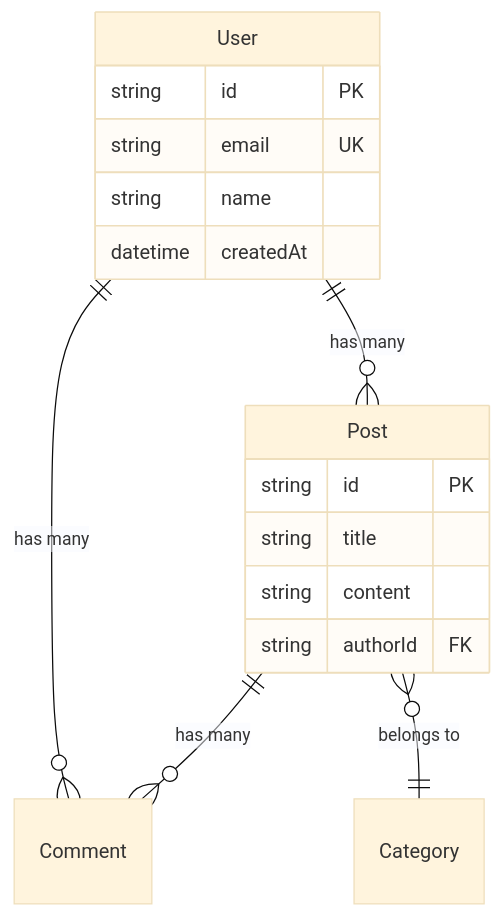
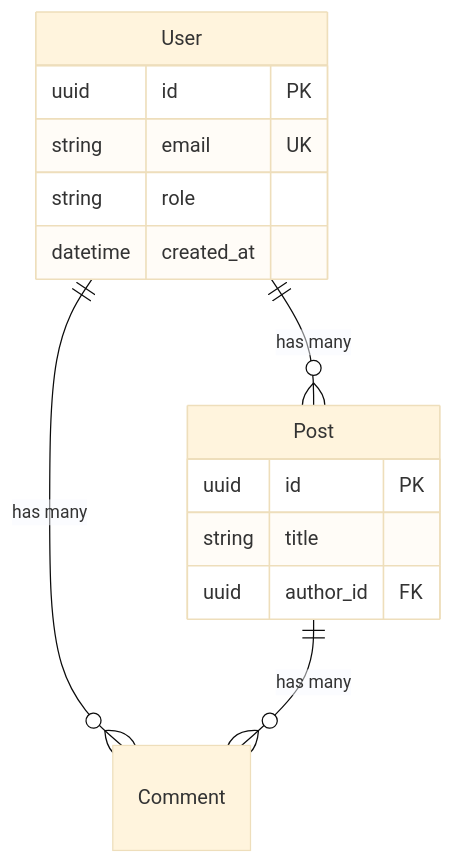
Before and after one commit to oowanghuan/ai-coding-template: the diagram in .claude/skills/schema_scanner.md, drawn with Mermaid (base theme). The commit also changed other lines of this file and 18 other files, not shown here.

````diff
--- a/.claude/skills/schema_scanner.md
+++ b/.claude/skills/schema_scanner.md
@@ -475,21 +233,19 @@
 ```mermaid
 erDiagram
     User ||--o{ Post : "has many"
     User ||--o{ Comment : "has many"
     Post ||--o{ Comment : "has many"
-    Post }o--|| Category : "belongs to"
 
     User {
-        string id PK
+        uuid id PK
         string email UK
-        string name
-        datetime createdAt
+        string role
+        datetime created_at
     }
 
     Post {
-        string id PK
+        uuid id PK
         string title
-        string content
-        string authorId FK
+        uuid author_id FK
     }
 ```
````
